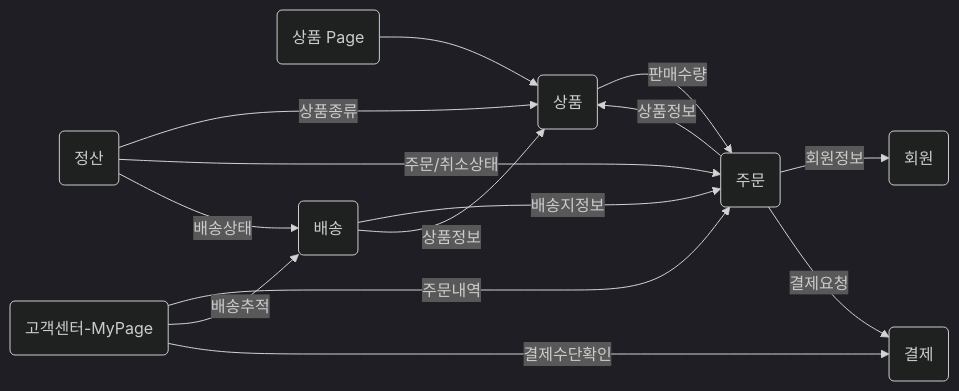
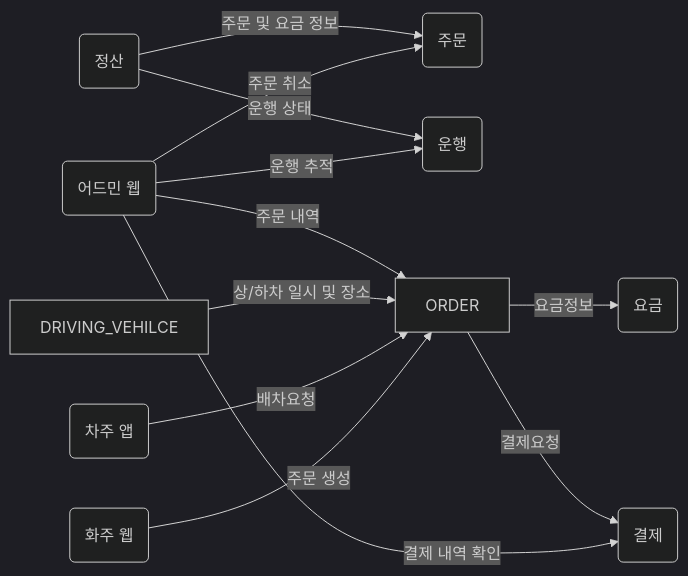
One commit to next-step/career-domain changed the second of 2 diagrams in Domain/domainModel-kimho314.md. Above: the diagram before and after it, drawn with Mermaid (dark theme). The commit also changed other lines of this file, not shown here.

Commit message:
추상화 도메인 다이터그램 추가

````diff
--- a/Domain/domainModel-kimho314.md
+++ b/Domain/domainModel-kimho314.md
@@ -57,24 +57,22 @@
 ```mermaid
 flowchart LR
-        PDP(상품 Page)
+        OWNER(화주 웹)
+        DRIVER(차주 앱)
         Sattlement(정산)
-        Product(상품)
         Order(주문)
-        CRM(고객센터-MyPage)
-        Delivery(배송)
-        User(회원)
+        Pricing(요금)
+        ADMIN(어드민 웹)
+        DRIVING_VEHICLE(운행)
         Pay(결제)
-        PDP-->Product
-        Sattlement-->|상품종류|Product
-        Sattlement-->|주문/취소상태|Order
-        Sattlement-->|배송상태|Delivery
-        CRM-->|주문내역|Order
-        CRM-->|배송추적|Delivery
-        CRM-->|결제수단확인|Pay
-        Product-->|판매수량|Order
-        Order-->|상품정보|Product
-        Order-->|회원정보|User
-        Order-->|결제요청|Pay
-        Delivery-->|배송지정보|Order
-        Delivery-->|상품정보|Product
+        OWNER-->|주문 생성|ORDER
+        ORDER-->|요금정보|Pricing
+        DRIVER-->|배차요청|ORDER
+        DRIVING_VEHILCE-->|상/하차 일시 및 장소|ORDER
+        ADMIN-->|운행 추적|DRIVING_VEHICLE
+        ADMIN-->|주문 내역|ORDER
+        ADMIN-->|주문 취소|Order
+        ADMIN-->|결제 내역 확인|Pay
+        ORDER-->|결제요청|Pay
+        Sattlement-->|주문 및 요금 정보|Order
+        Sattlement-->|운행 상태|DRIVING_VEHICLE
 ```
````
